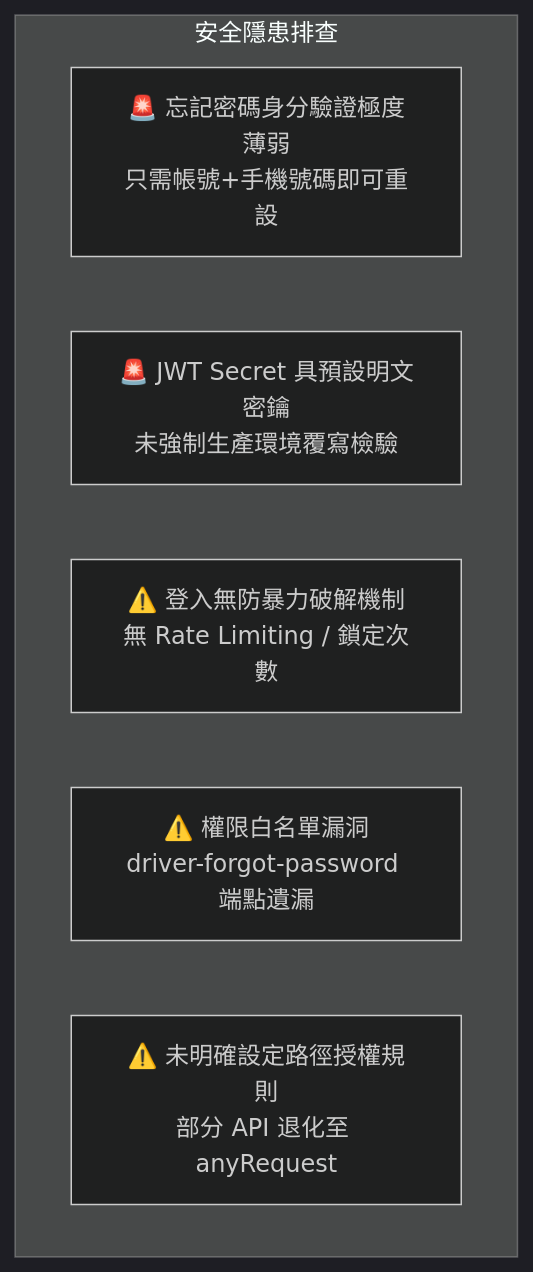
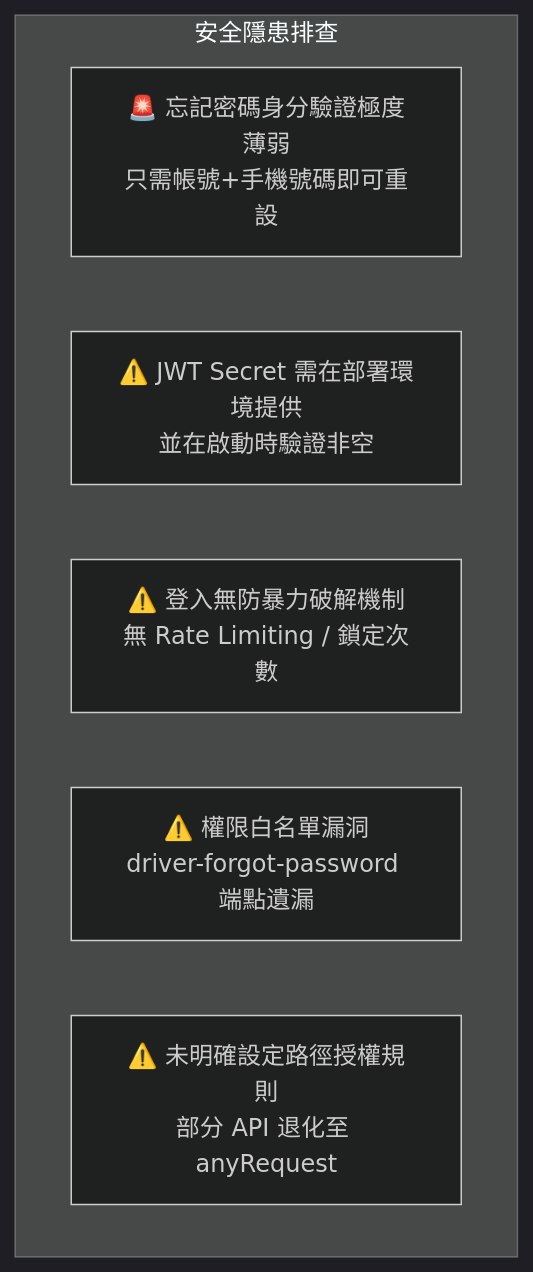
Before and after one commit to xinchafu-jin/logistics-dispatch: the second of 3 diagrams in TECHNICAL_AUDIT_REPORT.md, drawn with Mermaid (dark theme). The commit also changed other lines of this file and 13 other files, not shown here.

````diff
--- a/TECHNICAL_AUDIT_REPORT.md
+++ b/TECHNICAL_AUDIT_REPORT.md
@@ -104,10 +104,10 @@
 ```mermaid
 graph TD
     subgraph 安全隱患排查
         S1[🚨 忘記密碼身分驗證極度薄弱<br>只需帳號+手機號碼即可重設]
-        S2[🚨 JWT Secret 具預設明文密鑰<br>未強制生產環境覆寫檢驗]
+        S2[⚠️ JWT Secret 需在部署環境提供<br>並在啟動時驗證非空]
         S3[⚠️ 登入無防暴力破解機制<br>無 Rate Limiting / 鎖定次數]
         S4[⚠️ 權限白名單漏洞<br>driver-forgot-password 端點遺漏]
         S5[⚠️ 未明確設定路徑授權規則<br>部分 API 退化至 anyRequest]
     end
 ```
````
